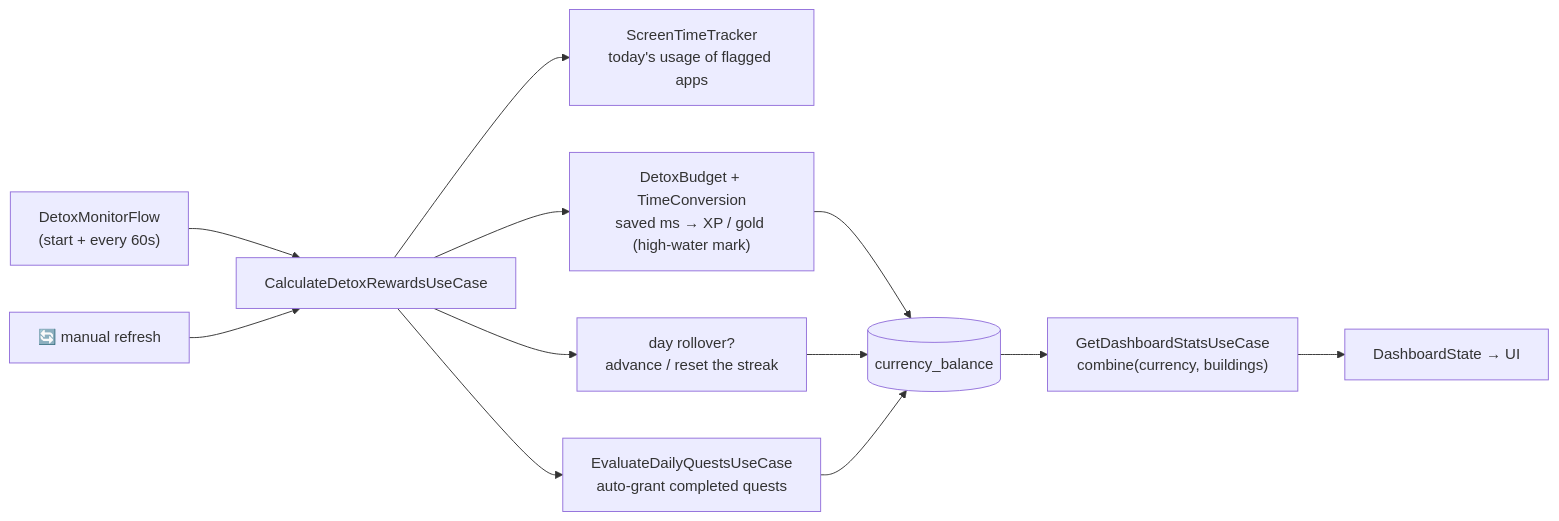
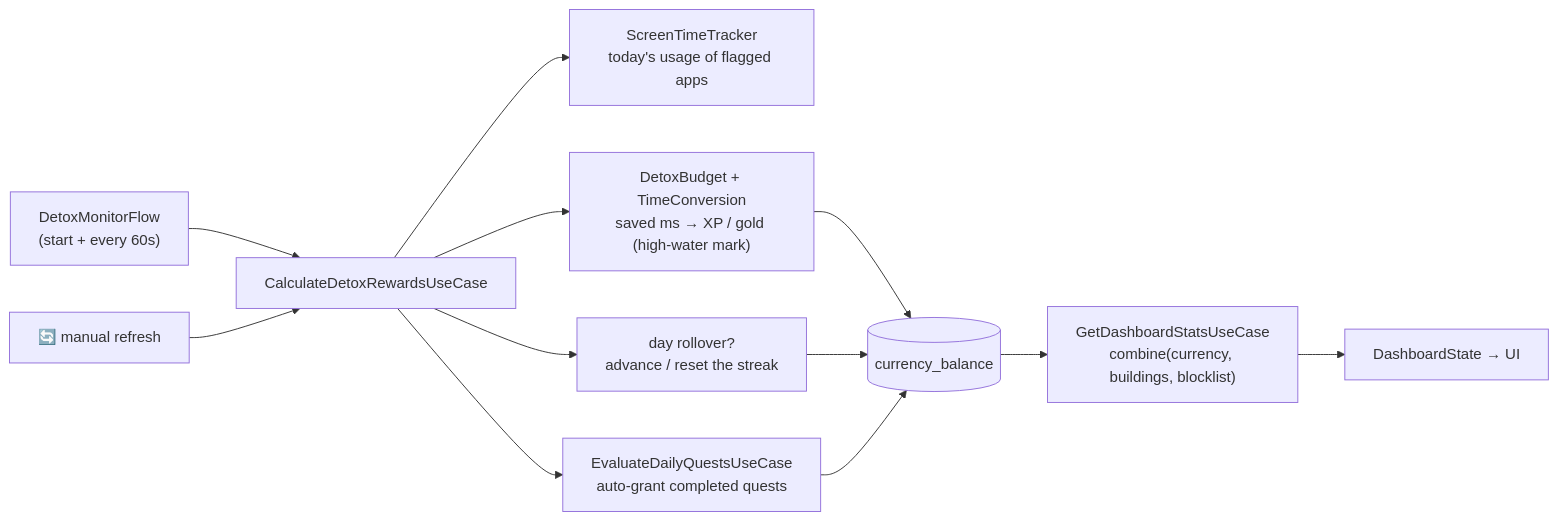
The second of 2 diagrams in README.md (udshah31/QuestLog), drawn with Mermaid before and after one commit. The commit also changed other lines of this file and 20 other files, not shown here.

````diff
--- a/README.md
+++ b/README.md
@@ -71,14 +71,14 @@
 ```mermaid
 flowchart LR
     MON["DetoxMonitorFlow<br/>(start + every 60s)"] --> CALC["CalculateDetoxRewardsUseCase"]
     BTN["🔄 manual refresh"] --> CALC
     CALC --> TRK["ScreenTimeTracker<br/>today's usage of flagged apps"]
     CALC --> REWARD["DetoxBudget + TimeConversion<br/>saved ms → XP / gold (high-water mark)"]
     CALC --> STREAK["day rollover?<br/>advance / reset the streak"]
     CALC --> QUESTS["EvaluateDailyQuestsUseCase<br/>auto-grant completed quests"]
     REWARD --> BAL[("currency_balance")]
     STREAK --> BAL
     QUESTS --> BAL
-    BAL --> DASH["GetDashboardStatsUseCase<br/>combine(currency, buildings)"]
+    BAL --> DASH["GetDashboardStatsUseCase<br/>combine(currency, buildings, blocklist)"]
     DASH --> STATE["DashboardState → UI"]
 ```
````
